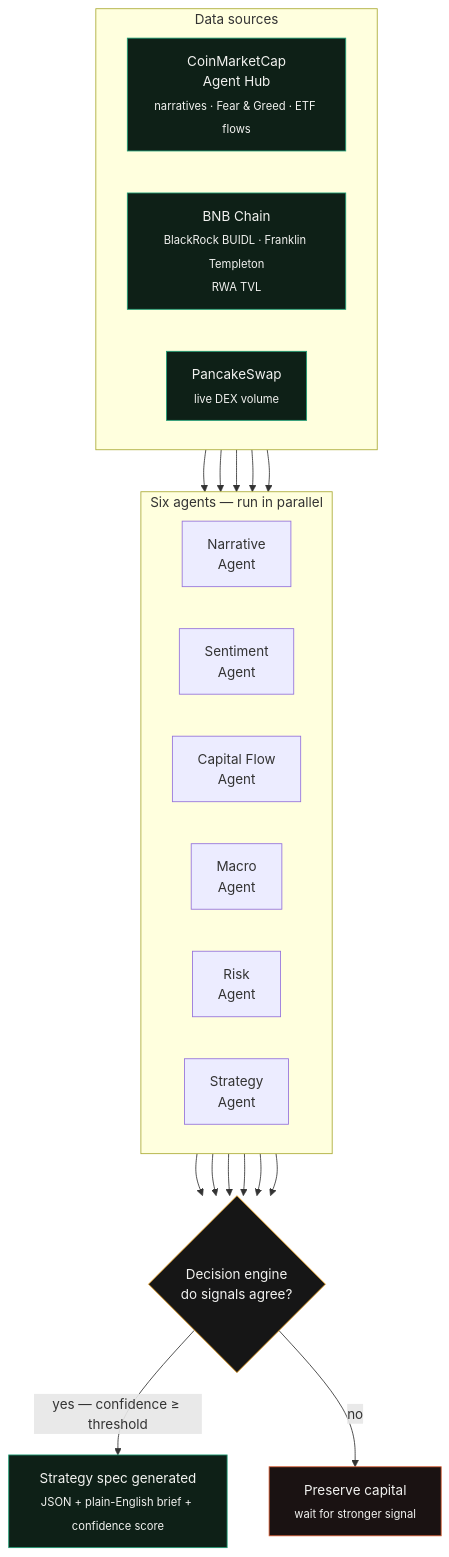
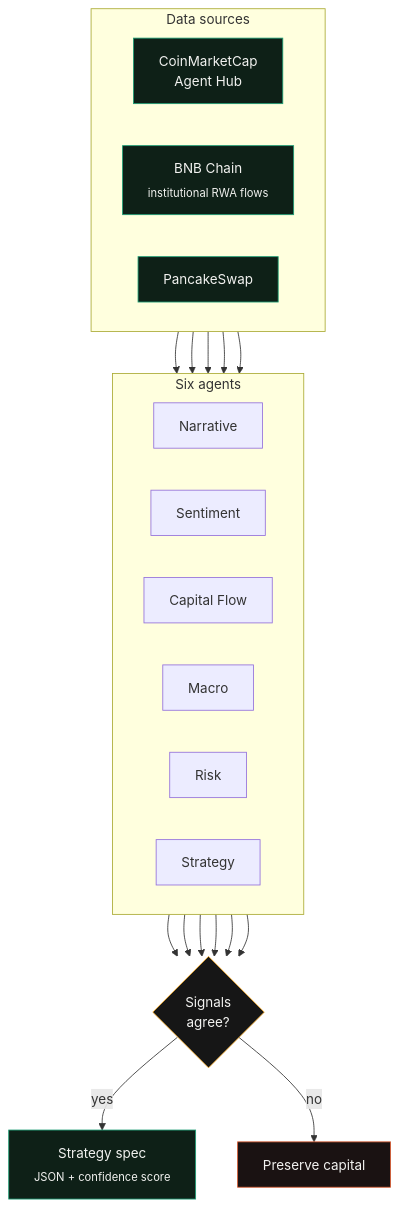
The diagram in README.md (Santhosh121805/Aura-AI), drawn with Mermaid before and after one commit. The commit also changed other lines of this file, not shown here.

````diff
--- a/README.md
+++ b/README.md
@@ -35,47 +13,47 @@
 ```mermaid
 flowchart TD
     subgraph SRC["Data sources"]
         direction LR
-        CMC["CoinMarketCap<br/>Agent Hub<br/><sub>narratives · Fear &amp; Greed · ETF flows</sub>"]
-        BNB["BNB Chain<br/><sub>BlackRock BUIDL · Franklin Templeton<br/>RWA TVL</sub>"]
-        PCS["PancakeSwap<br/><sub>live DEX volume</sub>"]
+        CMC["CoinMarketCap<br/>Agent Hub"]
+        BNB["BNB Chain<br/><sub>institutional RWA flows</sub>"]
+        PCS["PancakeSwap"]
     end
 
-    subgraph AGENTS["Six agents — run in parallel"]
+    subgraph AGENTS["Six agents"]
         direction LR
-        A1["Narrative<br/>Agent"]
-        A2["Sentiment<br/>Agent"]
-        A3["Capital Flow<br/>Agent"]
-        A4["Macro<br/>Agent"]
-        A5["Risk<br/>Agent"]
-        A6["Strategy<br/>Agent"]
+        A1["Narrative"]
+        A2["Sentiment"]
+        A3["Capital Flow"]
+        A4["Macro"]
+        A5["Risk"]
+        A6["Strategy"]
     end
 
-    DEC{"Decision engine<br/>do signals agree?"}
+    DEC{"Signals<br/>agree?"}
 
-    OUT_YES["Strategy spec generated<br/><sub>JSON + plain-English brief + confidence score</sub>"]
-    OUT_NO["Preserve capital<br/><sub>wait for stronger signal</sub>"]
+    OUT_YES["Strategy spec<br/><sub>JSON + confidence score</sub>"]
+    OUT_NO["Preserve capital"]
 
     CMC --> A1
     CMC --> A2
     CMC --> A4
     BNB --> A3
     PCS --> A3
 
     A1 --> DEC
     A2 --> DEC
     A3 --> DEC
     A4 --> DEC
     A5 --> DEC
     A6 --> DEC
 
-    DEC -->|"yes — confidence ≥ threshold"| OUT_YES
-    DEC -->|"no"| OUT_NO
+    DEC -->|yes| OUT_YES
+    DEC -->|no| OUT_NO
 
     style CMC fill:#0e2017,stroke:#1d9e75,color:#f2f2f0
     style BNB fill:#0e2017,stroke:#1d9e75,color:#f2f2f0
     style PCS fill:#0e2017,stroke:#1d9e75,color:#f2f2f0
     style DEC fill:#161616,stroke:#f2a623,color:#f2f2f0
     style OUT_YES fill:#0e2017,stroke:#1d9e75,color:#f2f2f0
     style OUT_NO fill:#1a1212,stroke:#d85a30,color:#f2f2f0
 ```
````
